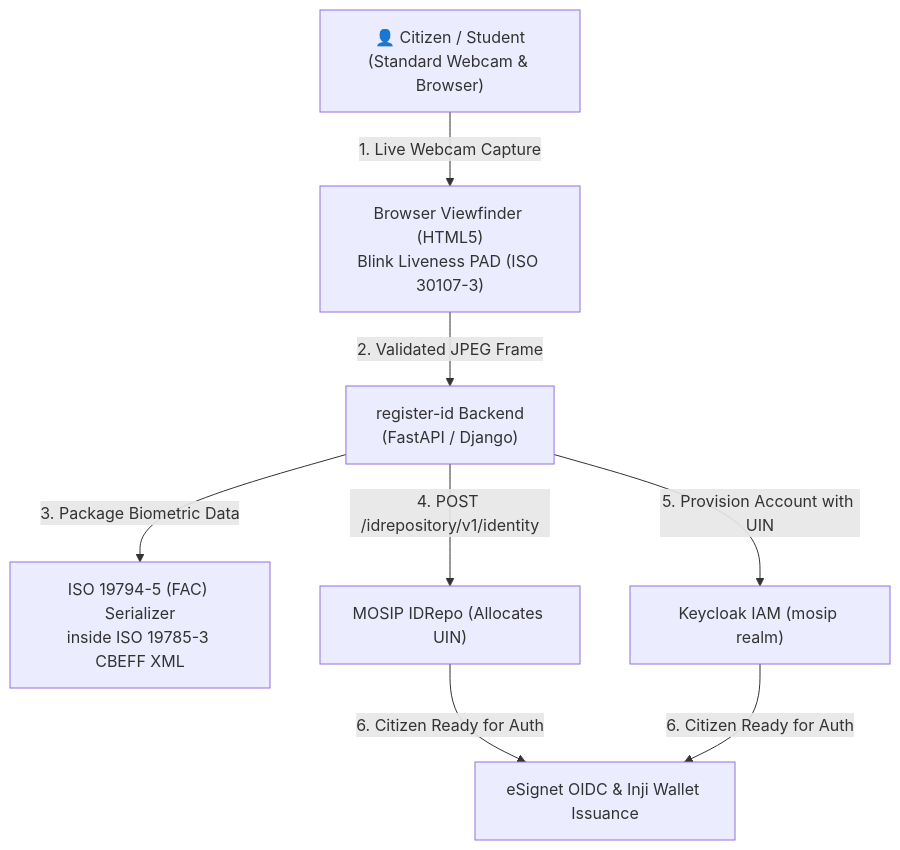
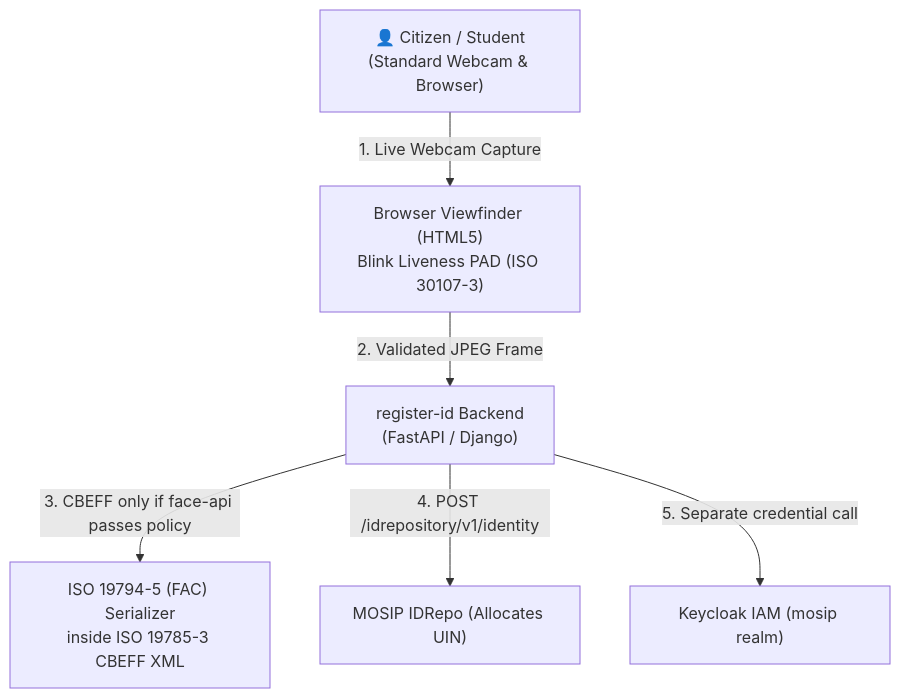
One commit to mosip-asia/dpi-register-id changed the diagram in README.md. Above: the diagram before and after it, drawn with Mermaid. The commit also changed other lines of this file and 63 other files, not shown here.

First line of the commit message:
Implement the Sandbox Kit review in the shared client, chart, and image.

````diff
--- a/README.md
+++ b/README.md
@@ -32,9 +32,8 @@
 ```mermaid
 flowchart TD
     Citizen["👤 Citizen / Student<br/>(Standard Webcam & Browser)"] -->|"1. Live Webcam Capture"| Viewfinder["Browser Viewfinder (HTML5)<br/>Blink Liveness PAD (ISO 30107-3)"]
     Viewfinder -->|"2. Validated JPEG Frame"| Gateway["register-id Backend<br/>(FastAPI / Django)"]
-    Gateway -->|"3. Package Biometric Data"| CBEFF["ISO 19794-5 (FAC) Serializer<br/>inside ISO 19785-3 CBEFF XML"]
+    Gateway -->|"3. CBEFF only if face-api passes policy"| CBEFF["ISO 19794-5 (FAC) Serializer<br/>inside ISO 19785-3 CBEFF XML"]
     Gateway -->|"4. POST /idrepository/v1/identity"| IDRepo["MOSIP IDRepo (Allocates UIN)"]
-    Gateway -->|"5. Provision Account with UIN"| Keycloak["Keycloak IAM (mosip realm)"]
-    IDRepo & Keycloak -->|"6. Citizen Ready for Auth"| eSignet["eSignet OIDC & Inji Wallet Issuance"]
+    Gateway -->|"5. Separate credential call"| Keycloak["Keycloak IAM (mosip realm)"]
 ```
````
